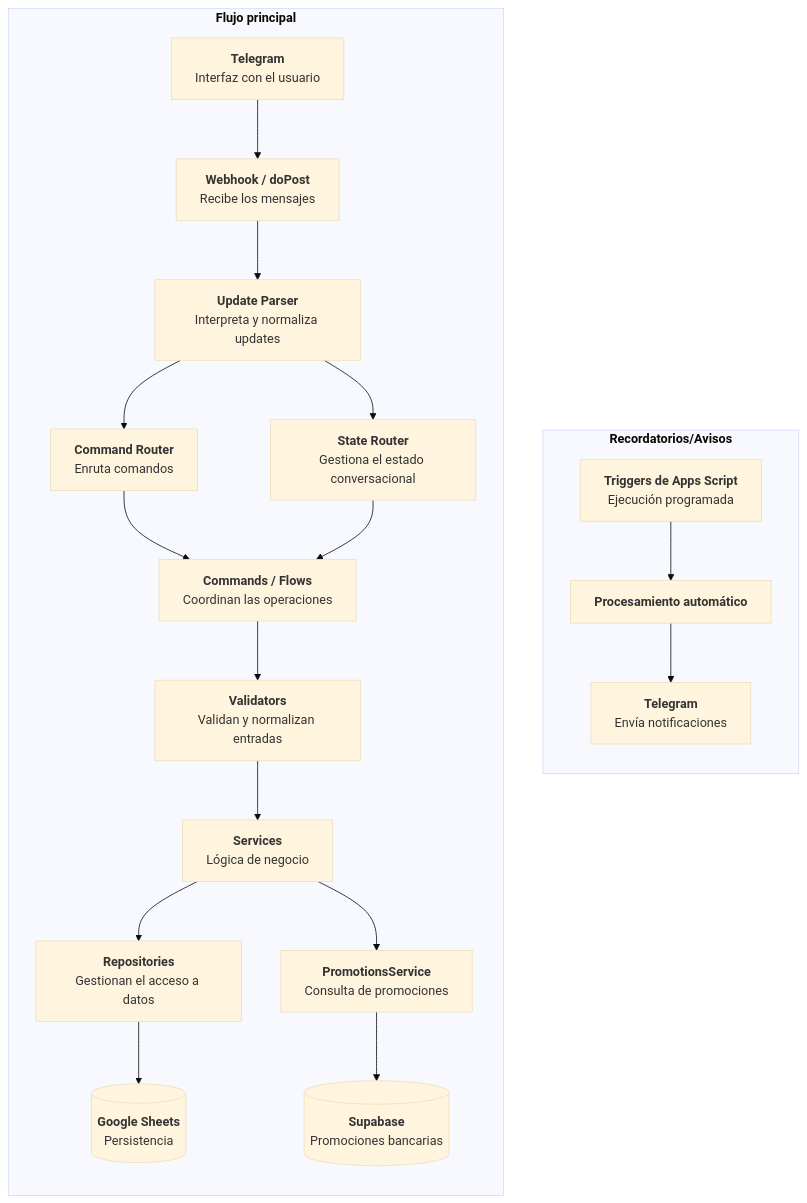
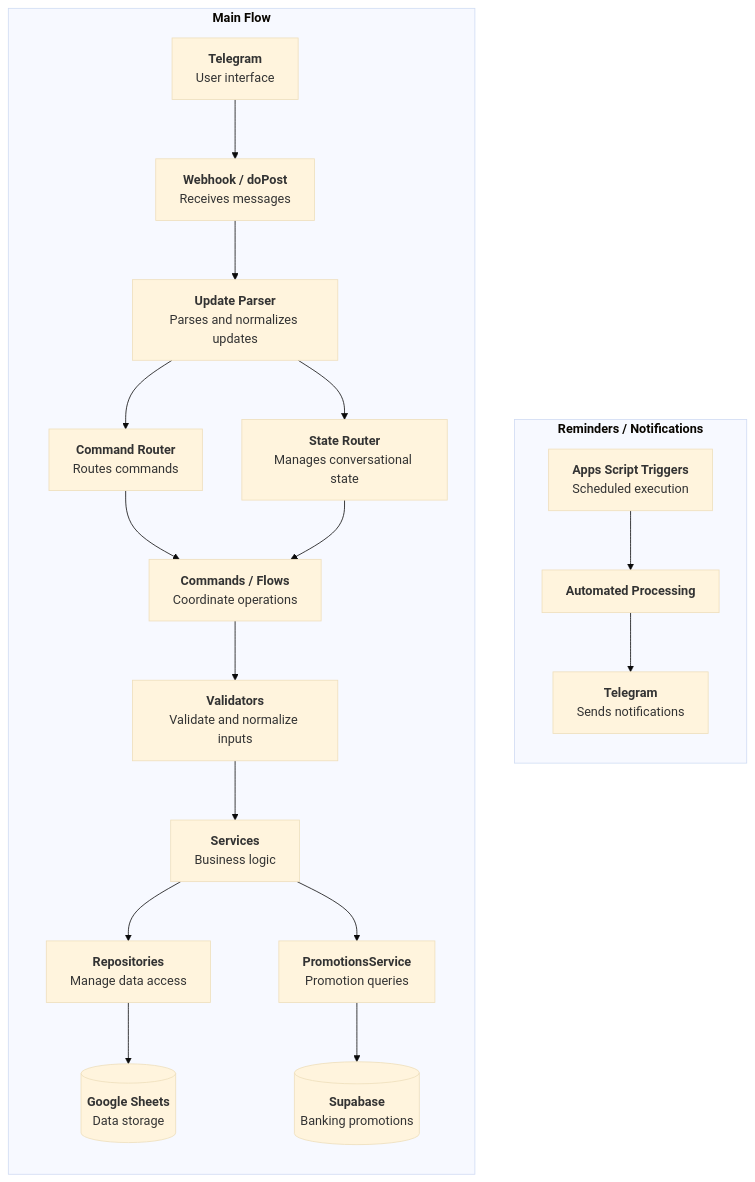
Before and after one commit to PabloBottinelli/telegram-personal-assistant: the diagram in README.md, drawn with Mermaid (base theme). The commit also changed other lines of this file and 1 other file, not shown here.

````diff
--- a/README.md
+++ b/README.md
@@ -88,45 +93,47 @@
 ```mermaid
 flowchart LR
-   subgraph Recordatorios["<b>Recordatorios/Avisos</b>"]
-        TR["<b>Triggers de Apps Script</b><br>Ejecución programada"]
-        PA["<b>Procesamiento automático</b><br>"]
-        T2["<b>Telegram</b><br>Envía notificaciones"]
+   subgraph Reminders["<b>Reminders / Notifications</b>"]
+        TR["<b>Apps Script Triggers</b><br>Scheduled execution"]
+        PA["<b>Automated Processing</b>"]
+        T2["<b>Telegram</b><br>Sends notifications"]
 
         TR --> PA
         PA --> T2
     end
 
-    subgraph Principal["<b>Flujo principal</b>"]
-      T1["<b>Telegram</b><br>Interfaz con el usuario"]
-      W["<b>Webhook / doPost</b><br>Recibe los mensajes"]
-      P["<b>Update Parser</b><br>Interpreta y normaliza updates"]
-      CR["<b>Command Router</b><br>Enruta comandos"]
-      SR["<b>State Router</b><br>Gestiona el estado conversacional"]
-      CF["<b>Commands / Flows</b><br>Coordinan las operaciones"]
-      V["<b>Validators</b><br>Validan y normalizan entradas"]
-      S["<b>Services</b><br>Lógica de negocio"]
-      R["<b>Repositories</b><br>Gestionan el acceso a datos"]
-      GS[("<b>Google Sheets</b><br>Persistencia")]
-      PS["<b>PromotionsService</b><br>Consulta de promociones"]
-      SB[("<b>Supabase</b><br>Promociones bancarias")]
+    subgraph Main["<b>Main Flow</b>"]
+      T1["<b>Telegram</b><br>User interface"]
+      W["<b>Webhook / doPost</b><br>Receives messages"]
+      P["<b>Update Parser</b><br>Parses and normalizes updates"]
+      CR["<b>Command Router</b><br>Routes commands"]
+      SR["<b>State Router</b><br>Manages conversational state"]
+      CF["<b>Commands / Flows</b><br>Coordinate operations"]
+      V["<b>Validators</b><br>Validate and normalize inputs"]
+      S["<b>Services</b><br>Business logic"]
+      R["<b>Repositories</b><br>Manage data access"]
+      GS[("<b>Google Sheets</b><br>Data storage")]
+      PS["<b>PromotionsService</b><br>Promotion queries"]
+      SB[("<b>Supabase</b><br>Banking promotions")]
 
         T1 --> W
         W --> P
 
         P --> CR
         P --> SR
 
         CR --> CF
         SR --> CF
 
         CF --> V
         V --> S
+
         S --> R
         R --> GS
 
         S --> PS
         PS --> SB
+
     end
 
-    Principal ~~~ Recordatorios
+    Main ~~~ Reminders
 ```
````
